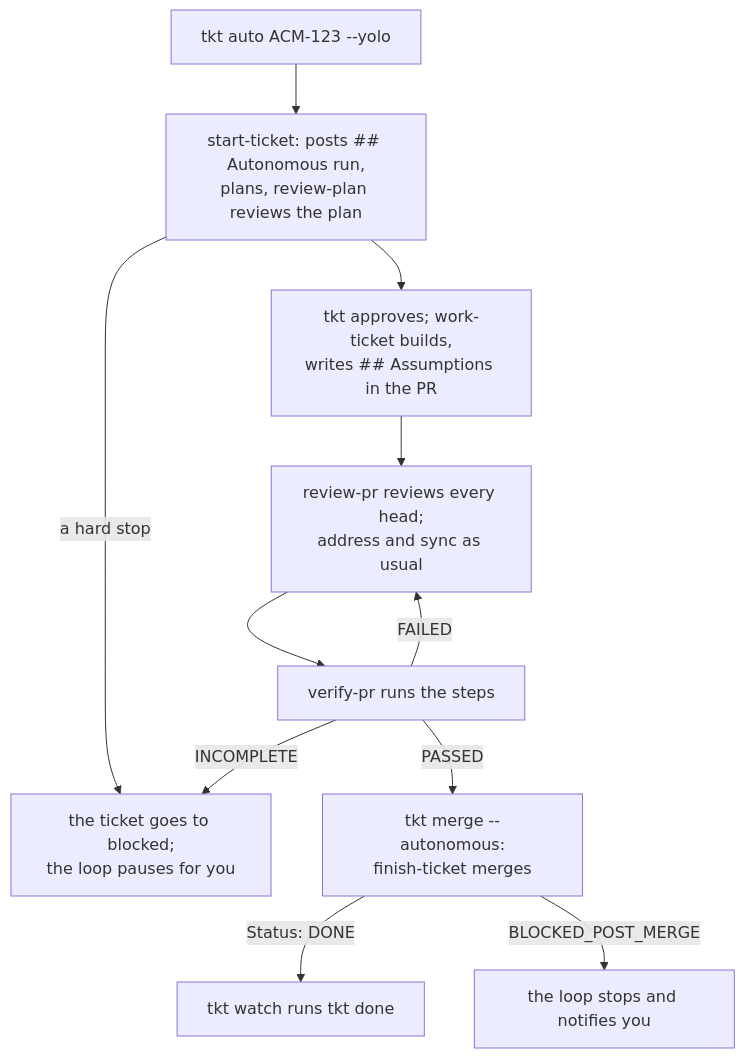
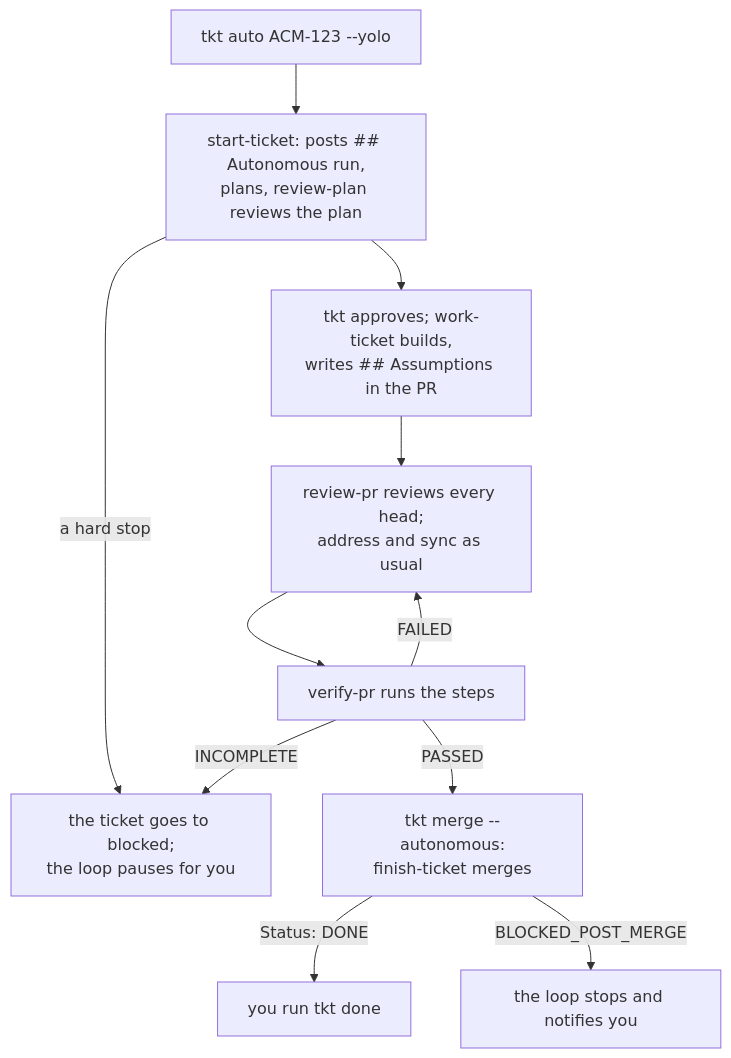
The fifth of 9 diagrams in docs/lifecycle.md (rogsme/tkt), drawn with Mermaid before and after one commit. The commit also changed other lines of this file and 16 other files, not shown here.

````diff
--- a/docs/lifecycle.md
+++ b/docs/lifecycle.md
@@ -320,13 +320,13 @@
 ```mermaid
 flowchart TD
   go["tkt auto ACM-123 --yolo"] --> plan["start-ticket: posts ## Autonomous run,<br/>plans, review-plan reviews the plan"]
   plan -->|a hard stop| parked["the ticket goes to blocked;<br/>the loop pauses for you"]
   plan --> work["tkt approves; work-ticket builds,<br/>writes ## Assumptions in the PR"]
   work --> rev["review-pr reviews every head;<br/>address and sync as usual"]
   rev --> ver["verify-pr runs the steps"]
   ver -->|FAILED| rev
   ver -->|INCOMPLETE| parked
   ver -->|PASSED| fin["tkt merge --autonomous:<br/>finish-ticket merges"]
-  fin -->|Status: DONE| done["tkt watch runs tkt done"]
+  fin -->|Status: DONE| done["you run tkt done"]
   fin -->|BLOCKED_POST_MERGE| alert["the loop stops and notifies you"]
 ```
````
